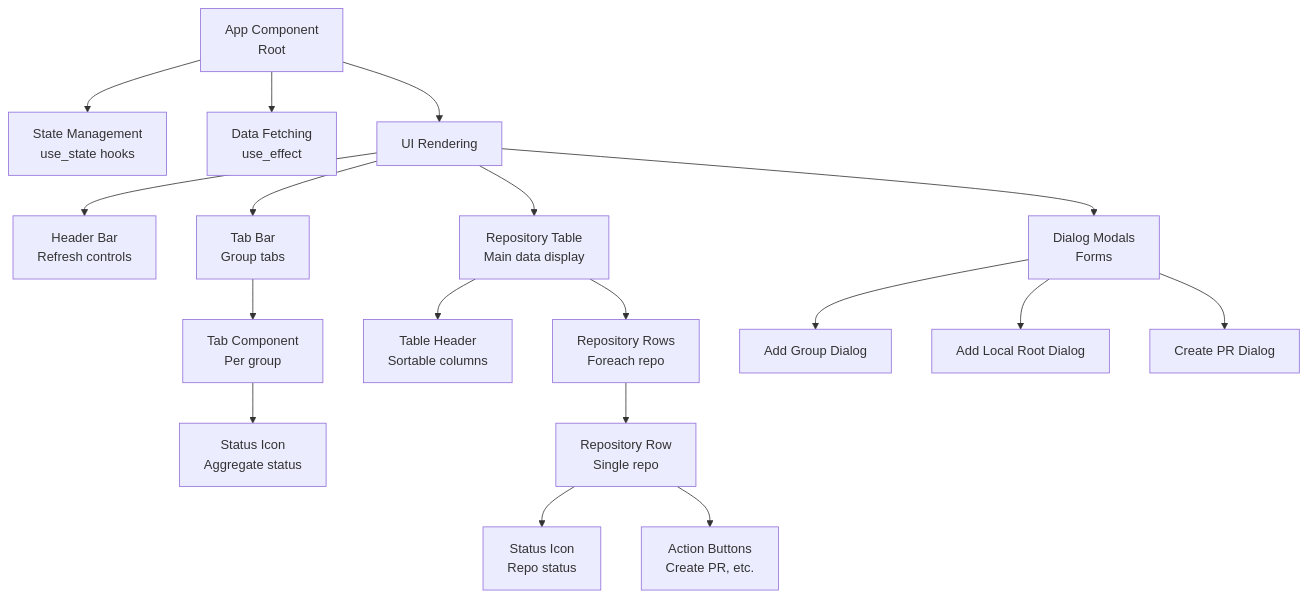
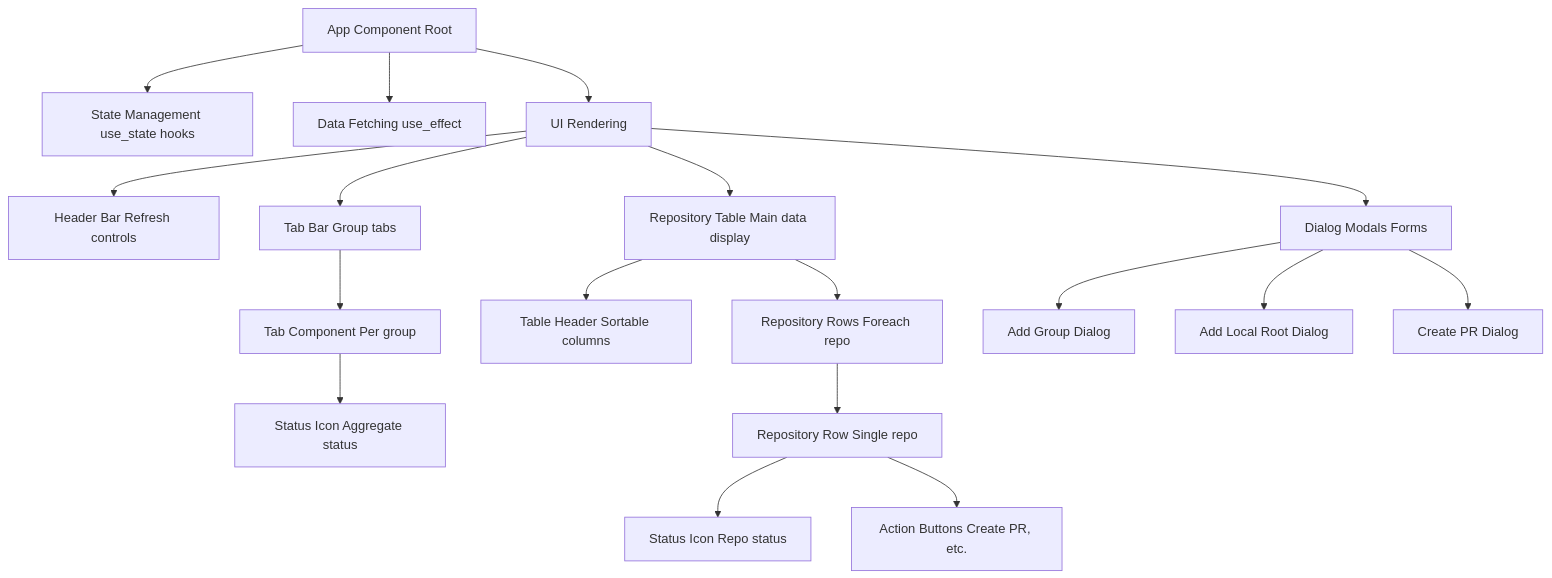
The third of 6 diagrams in wiki/UI-Components.md (softwarewrighter/overall), drawn with Mermaid before and after one commit. The commit also changed other lines of this file and 4 other files, not shown here.

First line of the commit message:
Fix wiki Mermaid diagrams: remove <br/> tags

````diff
--- a/wiki/UI-Components.md
+++ b/wiki/UI-Components.md
@@ -82,28 +82,28 @@
 ```mermaid
 graph TB
-    App[App Component<br/>Root]
+    App[App Component Root]
 
-    App --> State[State Management<br/>use_state hooks]
-    App --> Fetch[Data Fetching<br/>use_effect]
+    App --> State[State Management use_state hooks]
+    App --> Fetch[Data Fetching use_effect]
 
     App --> UI[UI Rendering]
 
-    UI --> Header[Header Bar<br/>Refresh controls]
-    UI --> Tabs[Tab Bar<br/>Group tabs]
-    UI --> Table[Repository Table<br/>Main data display]
-    UI --> Dialogs[Dialog Modals<br/>Forms]
+    UI --> Header[Header Bar Refresh controls]
+    UI --> Tabs[Tab Bar Group tabs]
+    UI --> Table[Repository Table Main data display]
+    UI --> Dialogs[Dialog Modals Forms]
 
-    Tabs --> Tab[Tab Component<br/>Per group]
-    Tab --> StatusIcon1[Status Icon<br/>Aggregate status]
+    Tabs --> Tab[Tab Component Per group]
+    Tab --> StatusIcon1[Status Icon Aggregate status]
 
-    Table --> TableHeader[Table Header<br/>Sortable columns]
-    Table --> Rows[Repository Rows<br/>Foreach repo]
+    Table --> TableHeader[Table Header Sortable columns]
+    Table --> Rows[Repository Rows Foreach repo]
 
-    Rows --> Row[Repository Row<br/>Single repo]
-    Row --> StatusIcon2[Status Icon<br/>Repo status]
-    Row --> Actions[Action Buttons<br/>Create PR, etc.]
+    Rows --> Row[Repository Row Single repo]
+    Row --> StatusIcon2[Status Icon Repo status]
+    Row --> Actions[Action Buttons Create PR, etc.]
 
     Dialogs --> AddGroup[Add Group Dialog]
     Dialogs --> AddRoot[Add Local Root Dialog]
     Dialogs --> CreatePR[Create PR Dialog]
 ```
````
